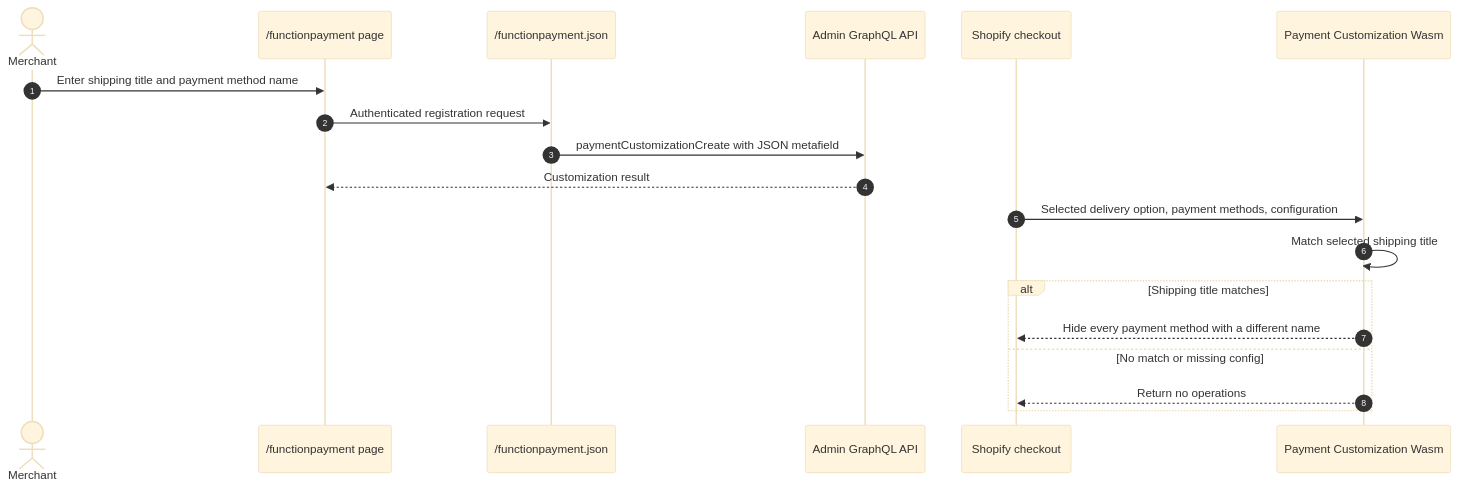
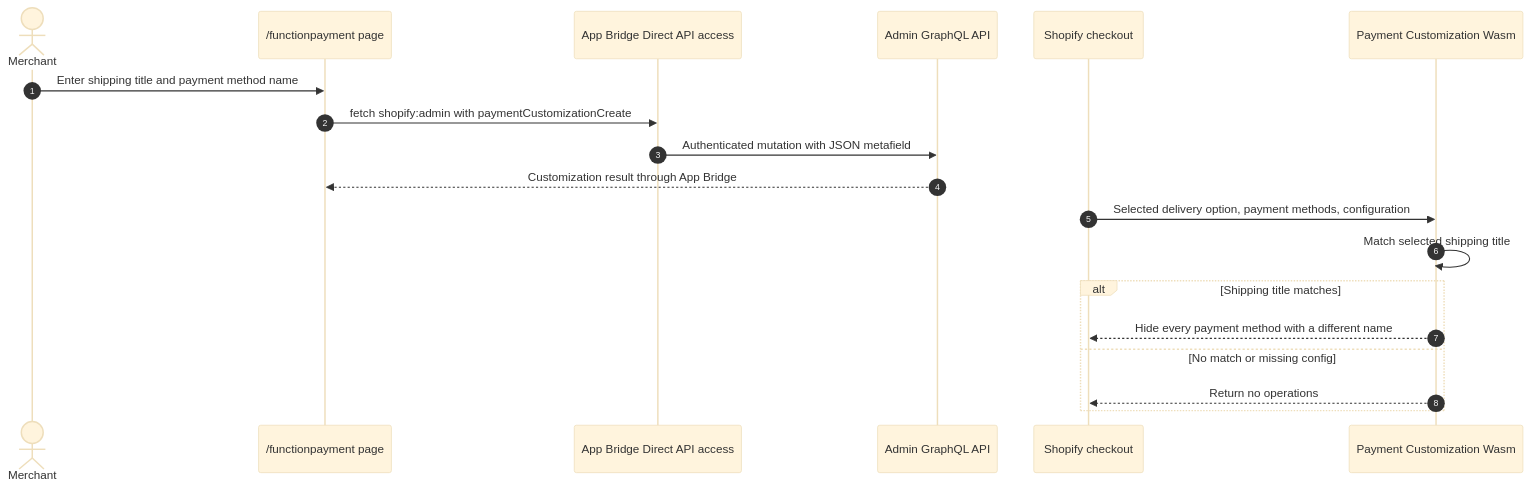
The diagram in docs/functionpayment.md (benzookapi/shopify-barebone-app-sample), drawn with Mermaid (base theme) before and after one commit. The commit also changed other lines of this file and 29 other files, not shown here.

First line of the commit message:
Codex/adminlink direct api access (#2)

````diff
--- a/docs/functionpayment.md
+++ b/docs/functionpayment.md
@@ -15,22 +15,22 @@
 ```mermaid
 sequenceDiagram
     autonumber
     actor Merchant
     participant UI as /functionpayment page
-    participant App as /functionpayment.json
+    participant Bridge as App Bridge Direct API access
     participant AdminAPI as Admin GraphQL API
     participant Checkout as Shopify checkout
     participant Function as Payment Customization Wasm
 
     Merchant->>UI: Enter shipping title and payment method name
-    UI->>App: Authenticated registration request
-    App->>AdminAPI: paymentCustomizationCreate with JSON metafield
-    AdminAPI-->>UI: Customization result
+    UI->>Bridge: fetch shopify:admin with paymentCustomizationCreate
+    Bridge->>AdminAPI: Authenticated mutation with JSON metafield
+    AdminAPI-->>UI: Customization result through App Bridge
     Checkout->>Function: Selected delivery option, payment methods, configuration
     Function->>Function: Match selected shipping title
     alt Shipping title matches
         Function-->>Checkout: Hide every payment method with a different name
     else No match or missing config
         Function-->>Checkout: Return no operations
     end
 ```
````
